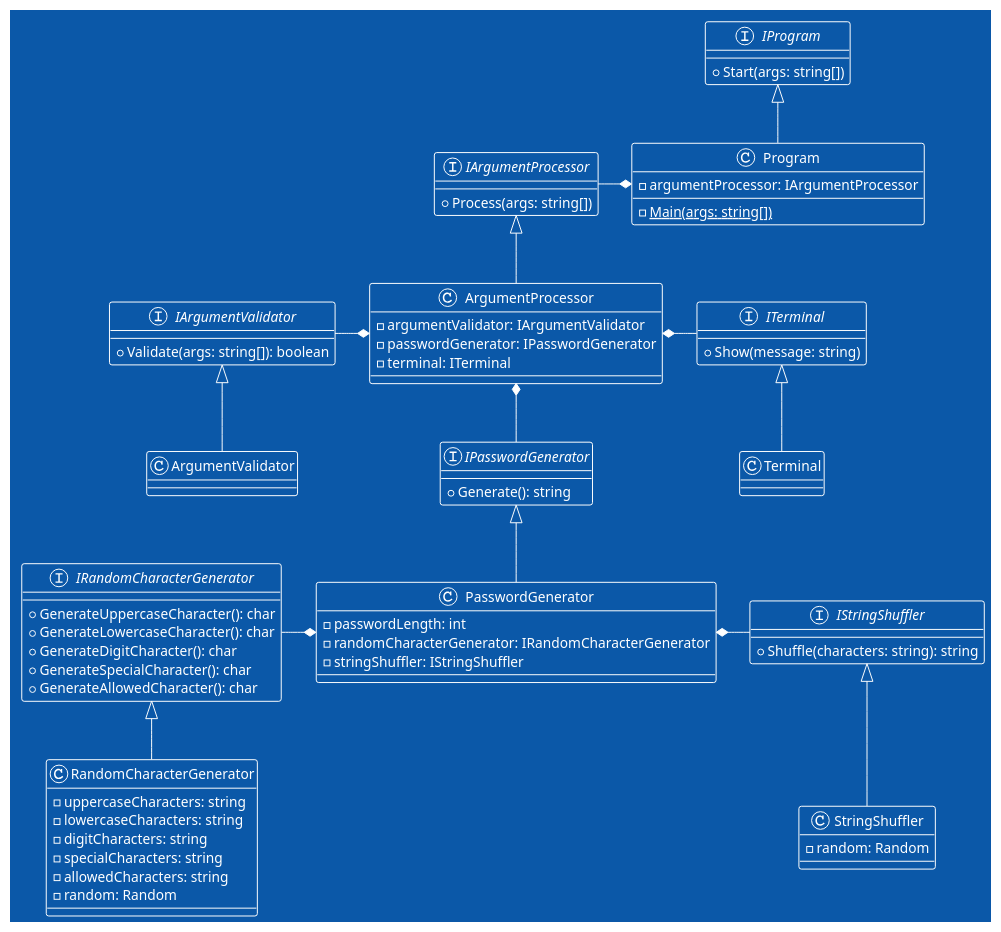
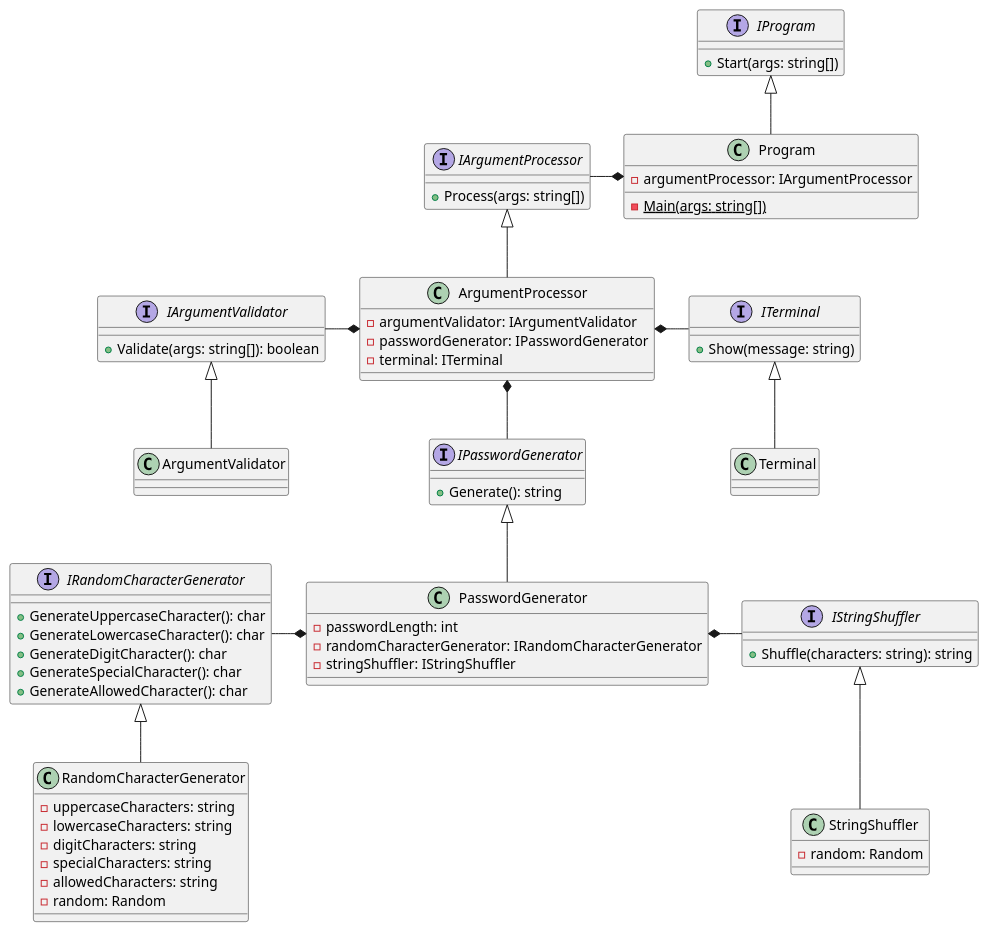
One commit to djvelimir/demo-dotnet-cli changed the diagram in diagrams/Class.puml. Above: the diagram before and after it, drawn with PlantUML. The commit also changed 6 other files, not shown here.

```diff
--- a/diagrams/Class.puml
+++ b/diagrams/Class.puml
@@ -1,88 +1,86 @@
 @startuml Class
-!theme amiga
-
 interface IProgram {
     + Start(args: string[])
 }
 
 class Program {
     - argumentProcessor: IArgumentProcessor
     - {static} Main(args: string[])
 }
 
 interface IArgumentValidator {
     + Validate(args: string[]): boolean
 }
 
 class ArgumentValidator {
 }
 
 interface IArgumentProcessor {
     + Process(args: string[])
 }
 
 class ArgumentProcessor {
     - argumentValidator: IArgumentValidator
     - passwordGenerator: IPasswordGenerator
     - terminal: ITerminal
 }
 
 interface ITerminal {
     + Show(message: string)
 }
 
 class Terminal {
 }
 
 interface IPasswordGenerator {
     + Generate(): string
 }
 
 class PasswordGenerator {
     - passwordLength: int
     - randomCharacterGenerator: IRandomCharacterGenerator
     - stringShuffler: IStringShuffler
 }
 
 interface IRandomCharacterGenerator {
     + GenerateUppercaseCharacter(): char
     + GenerateLowercaseCharacter(): char
     + GenerateDigitCharacter(): char
     + GenerateSpecialCharacter(): char
     + GenerateAllowedCharacter(): char
 }
 
 class RandomCharacterGenerator {
     - uppercaseCharacters: string
     - lowercaseCharacters: string
     - digitCharacters: string
     - specialCharacters: string
     - allowedCharacters: string
     - random: Random
 }
 
 interface IStringShuffler {
     + Shuffle(characters: string): string
 }
 
 class StringShuffler {
     - random: Random
 }
 
 IArgumentValidator <|-- ArgumentValidator
 IArgumentProcessor <|-- ArgumentProcessor
 ITerminal <|-- Terminal
 IPasswordGenerator <|-- PasswordGenerator
 IProgram <|-- Program
 IRandomCharacterGenerator <|-- RandomCharacterGenerator
 IStringShuffler <|-- StringShuffler
 
 Program *--l IArgumentProcessor
 
 ArgumentProcessor *--l IArgumentValidator
 ArgumentProcessor *--d IPasswordGenerator
 ArgumentProcessor *--r ITerminal
 
 PasswordGenerator *--l IRandomCharacterGenerator
 PasswordGenerator *--r IStringShuffler
 @enduml
```
